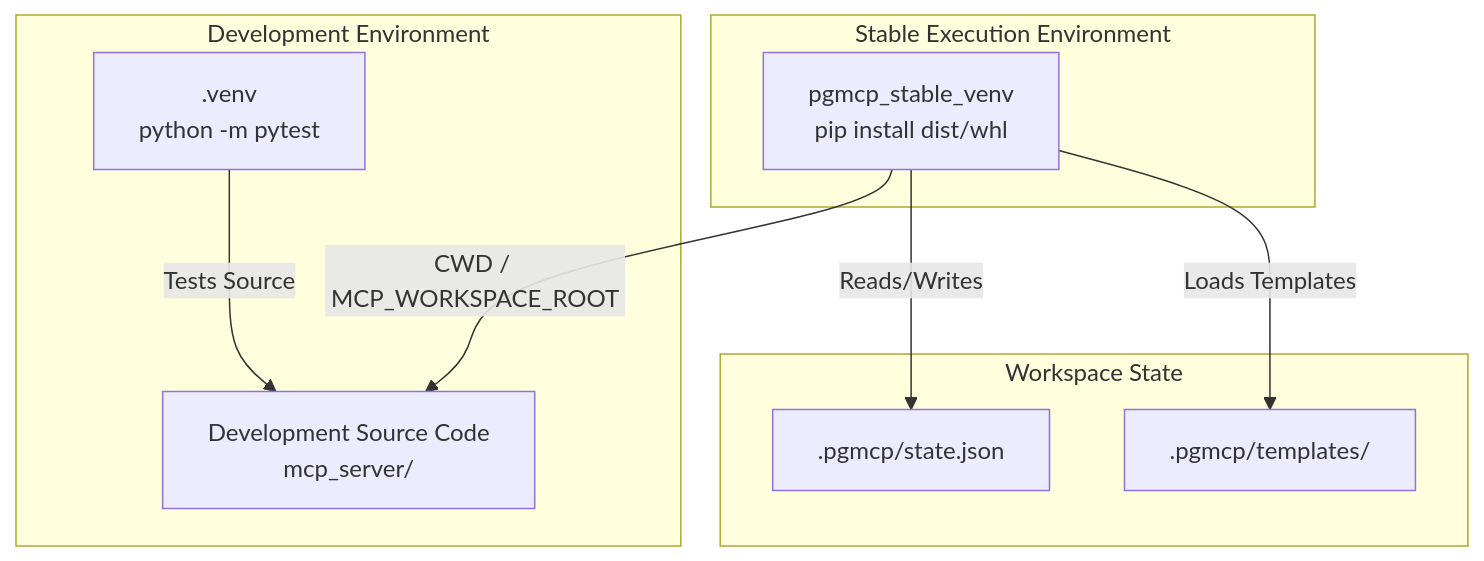
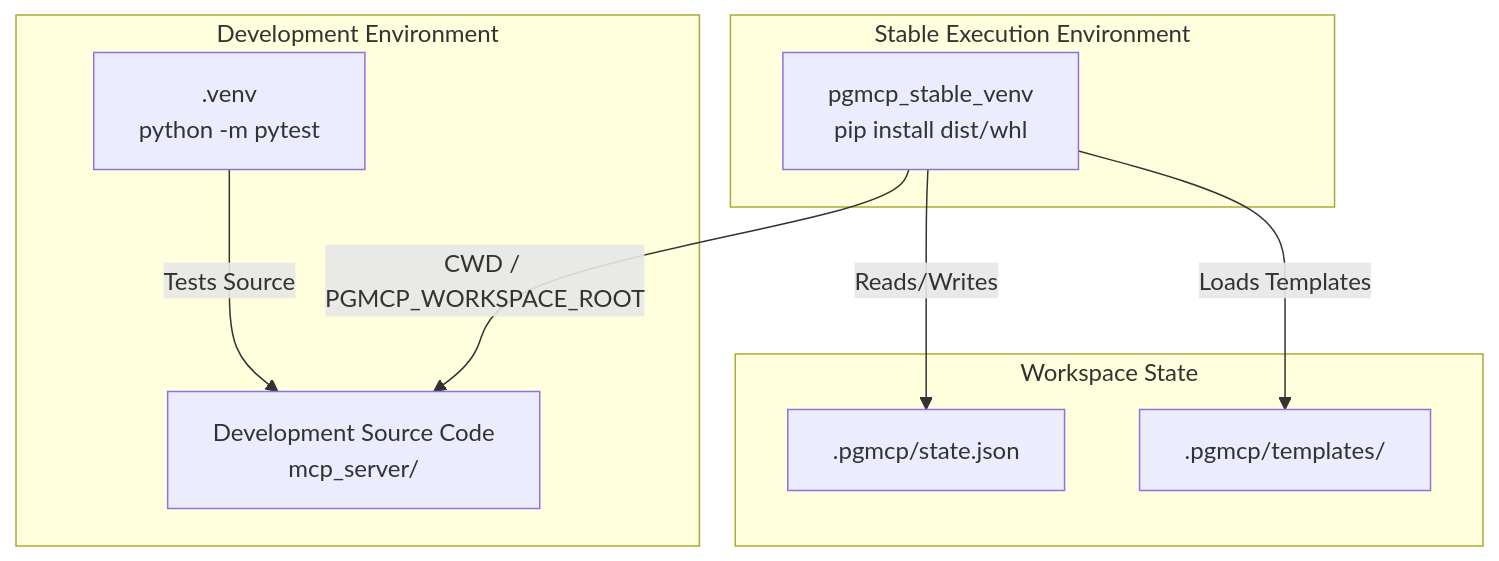
The diagram in docs/setup/dev-isolation.md (MikeyVK/phase-gate-mcp), drawn with Mermaid before and after one commit. The commit also changed other lines of this file and 13 other files, not shown here.

Commit message:
feat(P_IMPLEMENTATION_SP_C2_GREEN): Rename MCP_* variables to PGMCP_* in README, manuals, and agent config templates (#386)

````diff
--- a/docs/setup/dev-isolation.md
+++ b/docs/setup/dev-isolation.md
@@ -37,21 +37,21 @@
 ```mermaid
 graph TD
     subgraph Dev_Environment [Development Environment]
         DevCode[Development Source Code<br>mcp_server/]
         DevVenv[.venv<br>python -m pytest]
     end
 
     subgraph Run_Environment [Stable Execution Environment]
         StableVenv[pgmcp_stable_venv<br>pip install dist/whl]
     end
 
     subgraph State_Config [Workspace State]
         PgmcpState[.pgmcp/state.json]
         PgmcpTemp[.pgmcp/templates/]
     end
 
-    StableVenv -->|CWD / MCP_WORKSPACE_ROOT| DevCode
+    StableVenv -->|CWD / PGMCP_WORKSPACE_ROOT| DevCode
     StableVenv -->|Reads/Writes| PgmcpState
     StableVenv -->|Loads Templates| PgmcpTemp
     DevVenv -->|Tests Source| DevCode
 ```
````
